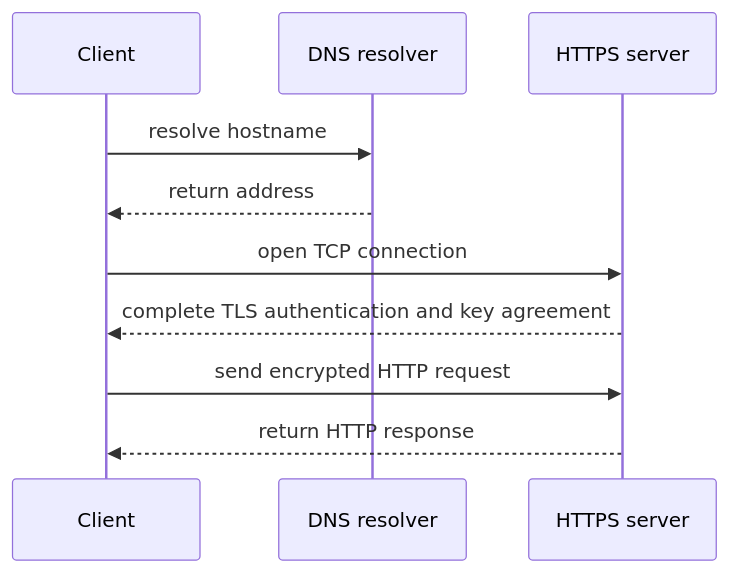
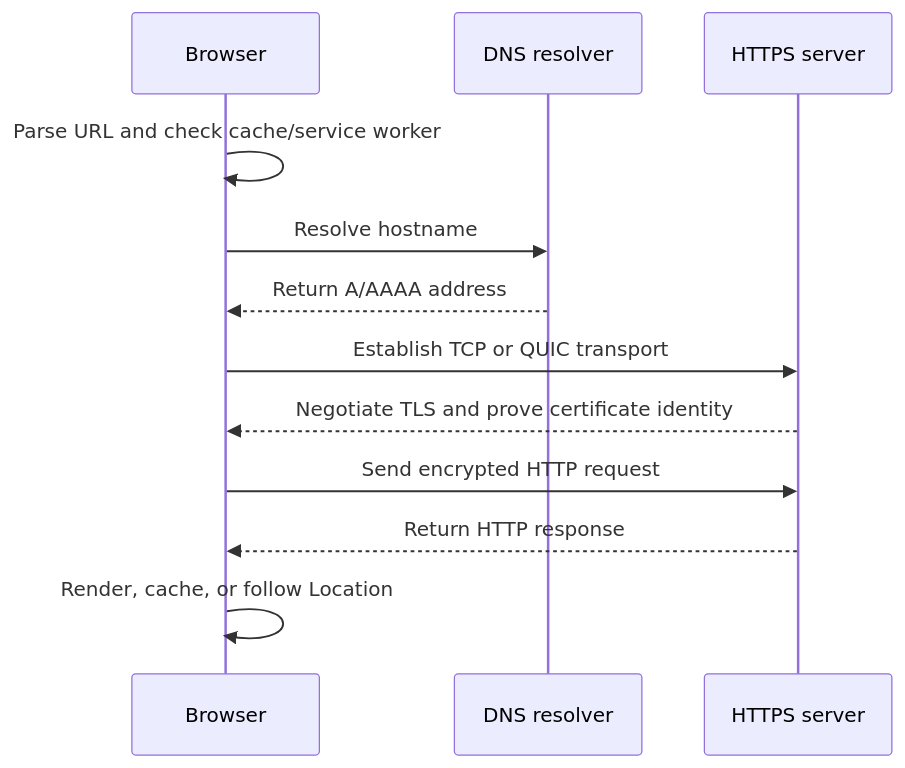
Before and after one commit to Yash-777/CodeTrove: the first of 2 diagrams in src/data/topics/networking/protocols/http-https/content.md, drawn with Mermaid. The commit also changed other lines of this file, not shown here.

Commit message:
docs(networking): reorganize HTTP guide with collapsible status flows

````diff
--- a/src/data/topics/networking/protocols/http-https/content.md
+++ b/src/data/topics/networking/protocols/http-https/content.md
@@ -5,12 +63,14 @@
 ```mermaid
 sequenceDiagram
-    participant Client as Client
+    participant Browser
     participant DNS as DNS resolver
     participant Server as HTTPS server
-    Client->>DNS: resolve hostname
-    DNS-->>Client: return address
-    Client->>Server: open TCP connection
-    Server-->>Client: complete TLS authentication and key agreement
-    Client->>Server: send encrypted HTTP request
-    Server-->>Client: return HTTP response
+    Browser->>Browser: Parse URL and check cache/service worker
+    Browser->>DNS: Resolve hostname
+    DNS-->>Browser: Return A/AAAA address
+    Browser->>Server: Establish TCP or QUIC transport
+    Server-->>Browser: Negotiate TLS and prove certificate identity
+    Browser->>Server: Send encrypted HTTP request
+    Server-->>Browser: Return HTTP response
+    Browser->>Browser: Render, cache, or follow Location
 ```
````
